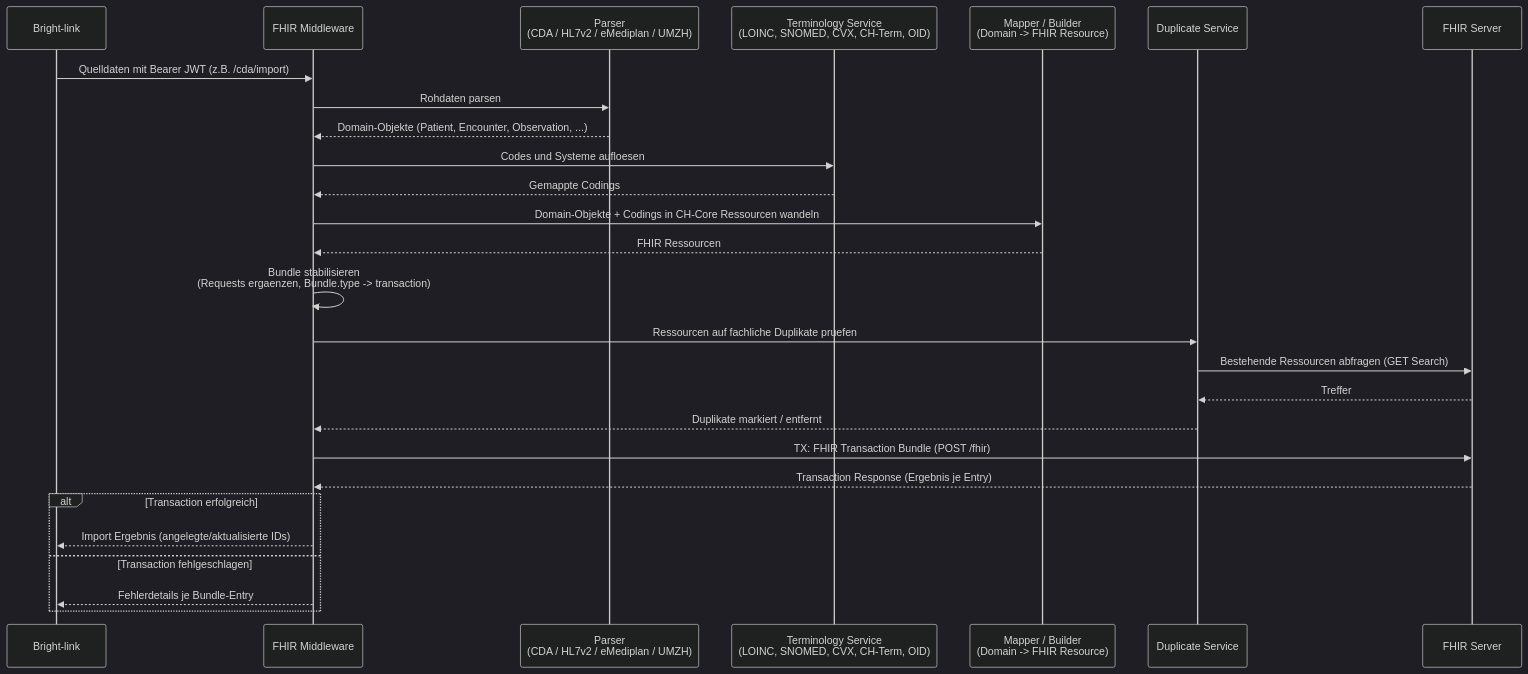
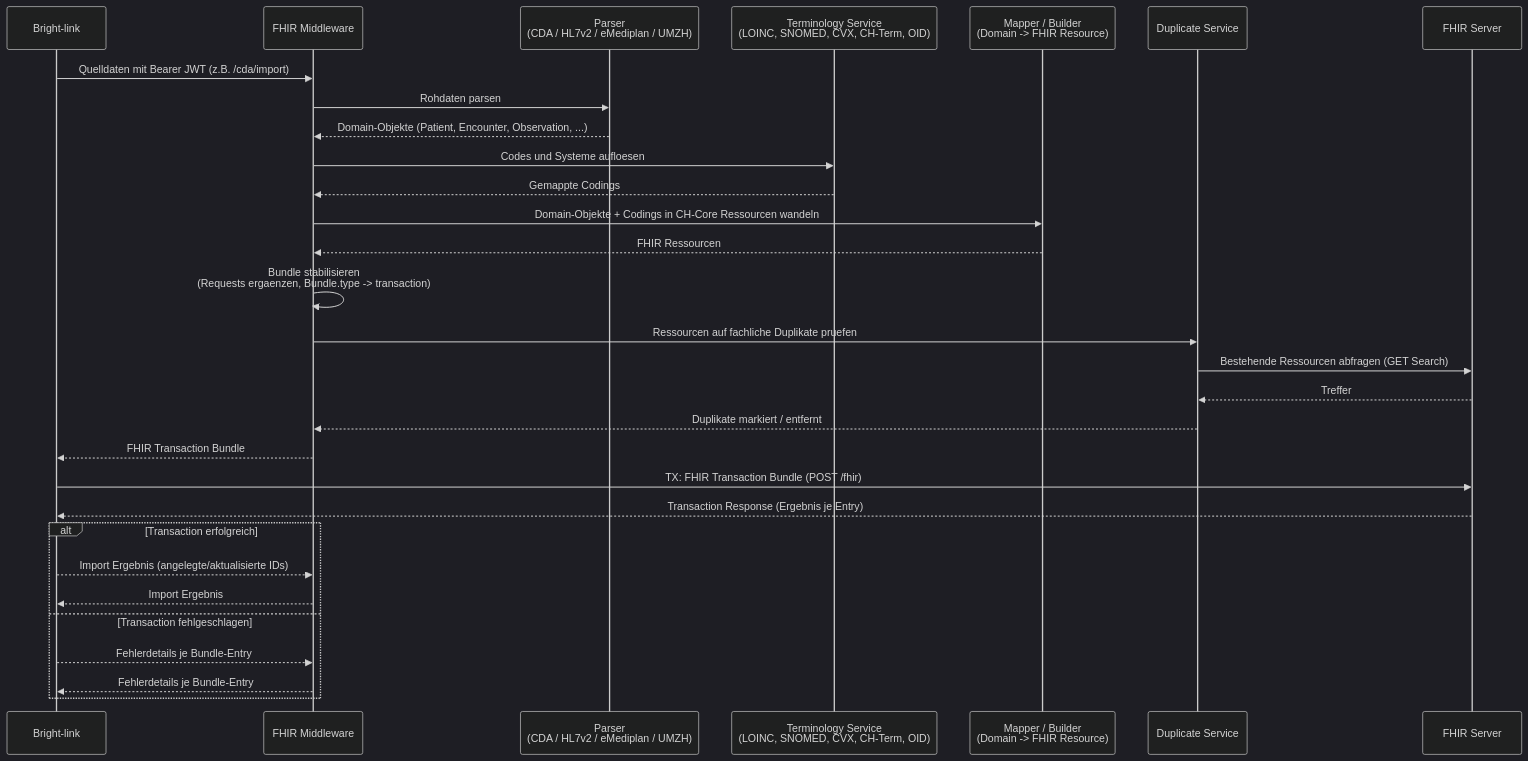
Before and after one commit to Woessma/middleware: the diagram in SEQUENZDIAGRAMM-MIDDLEWARE-INTERN.md, drawn with Mermaid (dark theme). The commit also changed other lines of this file and 11 other files, not shown here.

````diff
--- a/SEQUENZDIAGRAMM-MIDDLEWARE-INTERN.md
+++ b/SEQUENZDIAGRAMM-MIDDLEWARE-INTERN.md
@@ -9,36 +9,39 @@
 ```mermaid
 sequenceDiagram
     participant BrightLink as Bright-link
     participant Middleware as FHIR Middleware
     participant Parser as Parser<br/>(CDA / HL7v2 / eMediplan / UMZH)
     participant Terminology as Terminology Service<br/>(LOINC, SNOMED, CVX, CH-Term, OID)
     participant Builder as Mapper / Builder<br/>(Domain -> FHIR Resource)
     participant Duplicate as Duplicate Service
     participant FHIR as FHIR Server
 
     BrightLink->>Middleware: Quelldaten mit Bearer JWT (z.B. /cda/import)
     Middleware->>Parser: Rohdaten parsen
     Parser-->>Middleware: Domain-Objekte (Patient, Encounter, Observation, ...)
 
     Middleware->>Terminology: Codes und Systeme aufloesen
     Terminology-->>Middleware: Gemappte Codings
 
     Middleware->>Builder: Domain-Objekte + Codings in CH-Core Ressourcen wandeln
     Builder-->>Middleware: FHIR Ressourcen
 
     Middleware->>Middleware: Bundle stabilisieren<br/>(Requests ergaenzen, Bundle.type -> transaction)
 
     Middleware->>Duplicate: Ressourcen auf fachliche Duplikate pruefen
     Duplicate->>FHIR: Bestehende Ressourcen abfragen (GET Search)
     FHIR-->>Duplicate: Treffer
     Duplicate-->>Middleware: Duplikate markiert / entfernt
 
-    Middleware->>FHIR: TX: FHIR Transaction Bundle (POST /fhir)
-    FHIR-->>Middleware: Transaction Response (Ergebnis je Entry)
+    Middleware-->>BrightLink: FHIR Transaction Bundle
+    BrightLink->>FHIR: TX: FHIR Transaction Bundle (POST /fhir)
+    FHIR-->>BrightLink: Transaction Response (Ergebnis je Entry)
 
     alt Transaction erfolgreich
-        Middleware-->>BrightLink: Import Ergebnis (angelegte/aktualisierte IDs)
+        BrightLink-->>Middleware: Import Ergebnis (angelegte/aktualisierte IDs)
+        Middleware-->>BrightLink: Import Ergebnis
     else Transaction fehlgeschlagen
+        BrightLink-->>Middleware: Fehlerdetails je Bundle-Entry
         Middleware-->>BrightLink: Fehlerdetails je Bundle-Entry
     end
 ```
````
